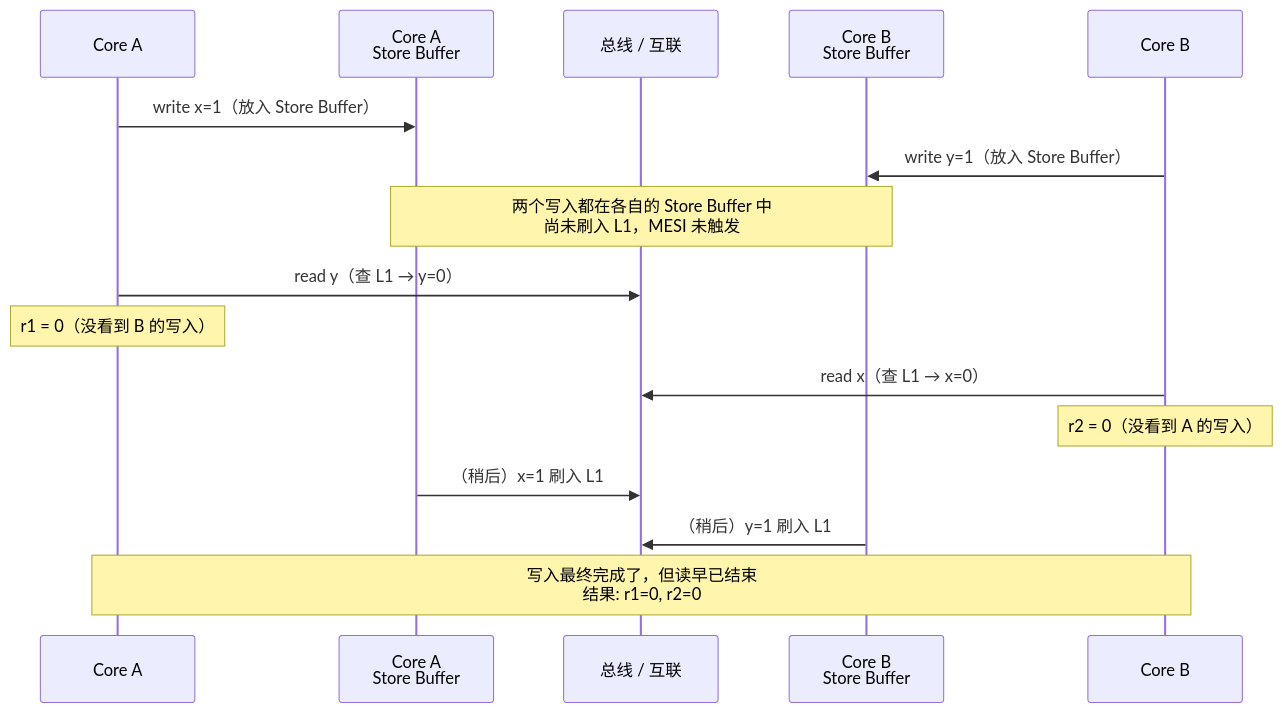
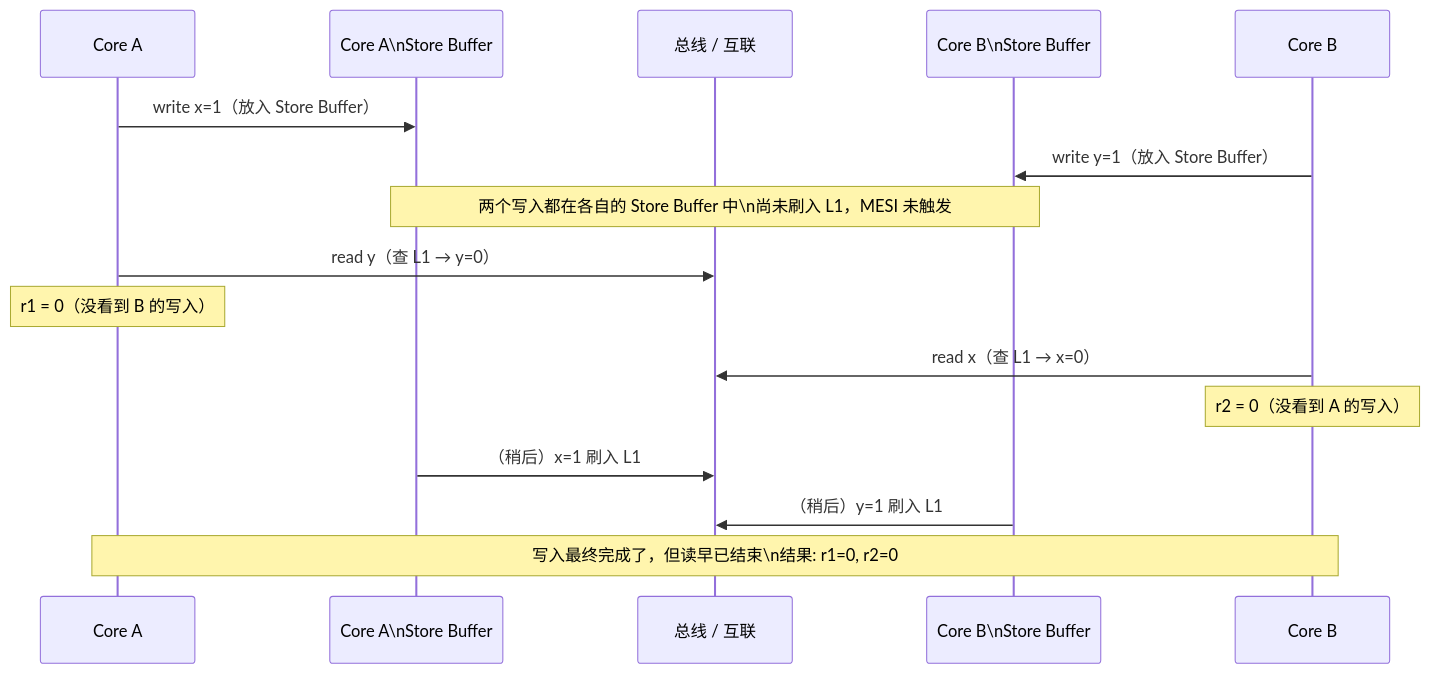
The seventh of 11 diagrams in content/posts/concurrency/MesiAndJmm.md (yaocat55/yaocat55.github.io), drawn with Mermaid before and after one commit. The commit also changed other lines of this file and 155 other files, not shown here.

````diff
--- a/content/posts/concurrency/MesiAndJmm.md
+++ b/content/posts/concurrency/MesiAndJmm.md
@@ -424,22 +438,22 @@
 ```mermaid
 sequenceDiagram
     participant A as Core A
-    participant SB_A as Core A<br/>Store Buffer
+    participant SB_A as Core A\nStore Buffer
     participant Bus as 总线 / 互联
-    participant SB_B as Core B<br/>Store Buffer
+    participant SB_B as Core B\nStore Buffer
     participant B as Core B
 
     A->>SB_A: write x=1（放入 Store Buffer）
     B->>SB_B: write y=1（放入 Store Buffer）
-    Note over SB_A,SB_B: 两个写入都在各自的 Store Buffer 中<br/>尚未刷入 L1，MESI 未触发
+    Note over SB_A,SB_B: 两个写入都在各自的 Store Buffer 中\n尚未刷入 L1，MESI 未触发
 
     A->>Bus: read y（查 L1 → y=0）
     Note over A: r1 = 0（没看到 B 的写入）
 
     B->>Bus: read x（查 L1 → x=0）
     Note over B: r2 = 0（没看到 A 的写入）
 
     SB_A->>Bus: （稍后）x=1 刷入 L1
     SB_B->>Bus: （稍后）y=1 刷入 L1
-    Note over A,B: 写入最终完成了，但读早已结束<br/>结果: r1=0, r2=0
+    Note over A,B: 写入最终完成了，但读早已结束\n结果: r1=0, r2=0
 ```
````
